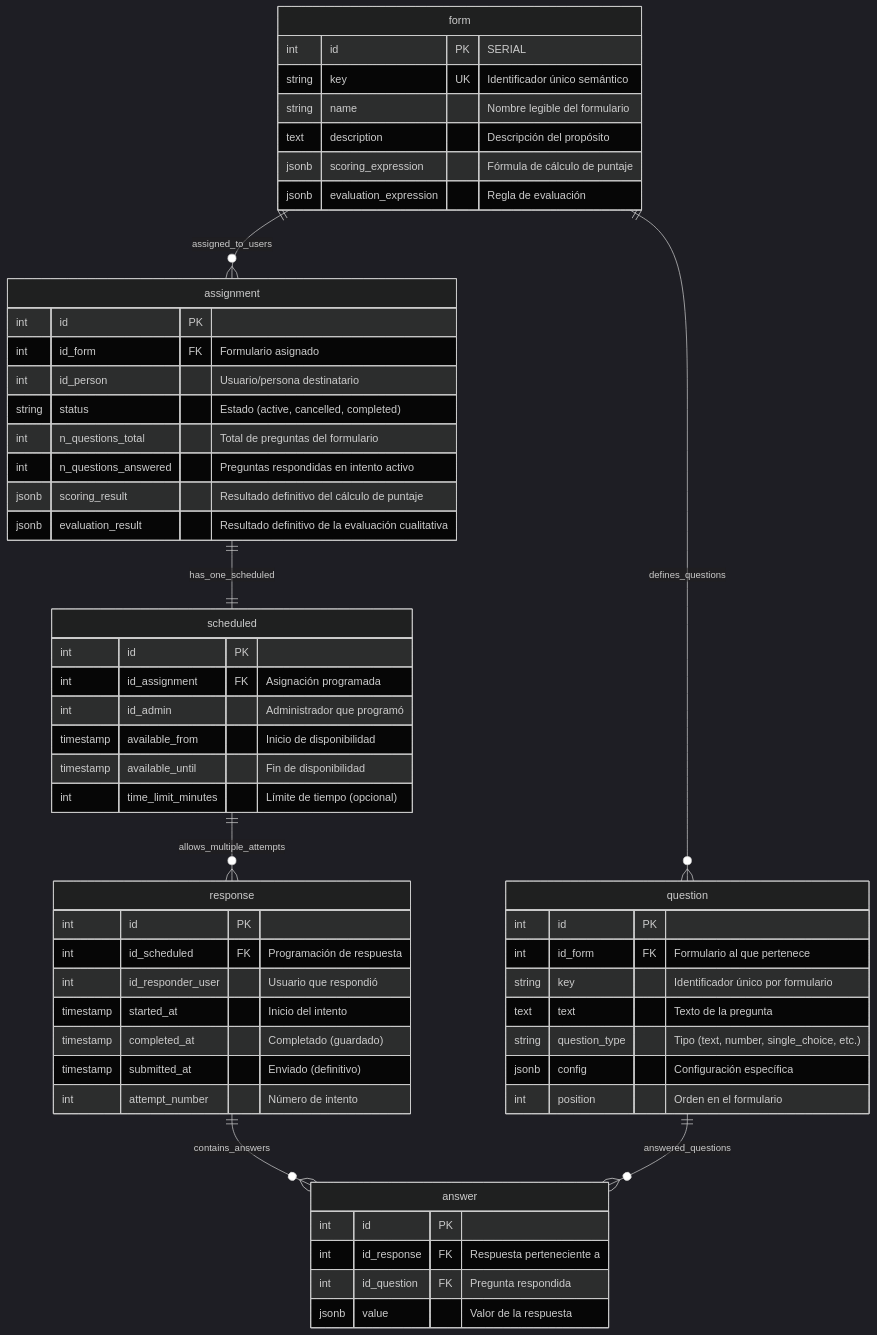
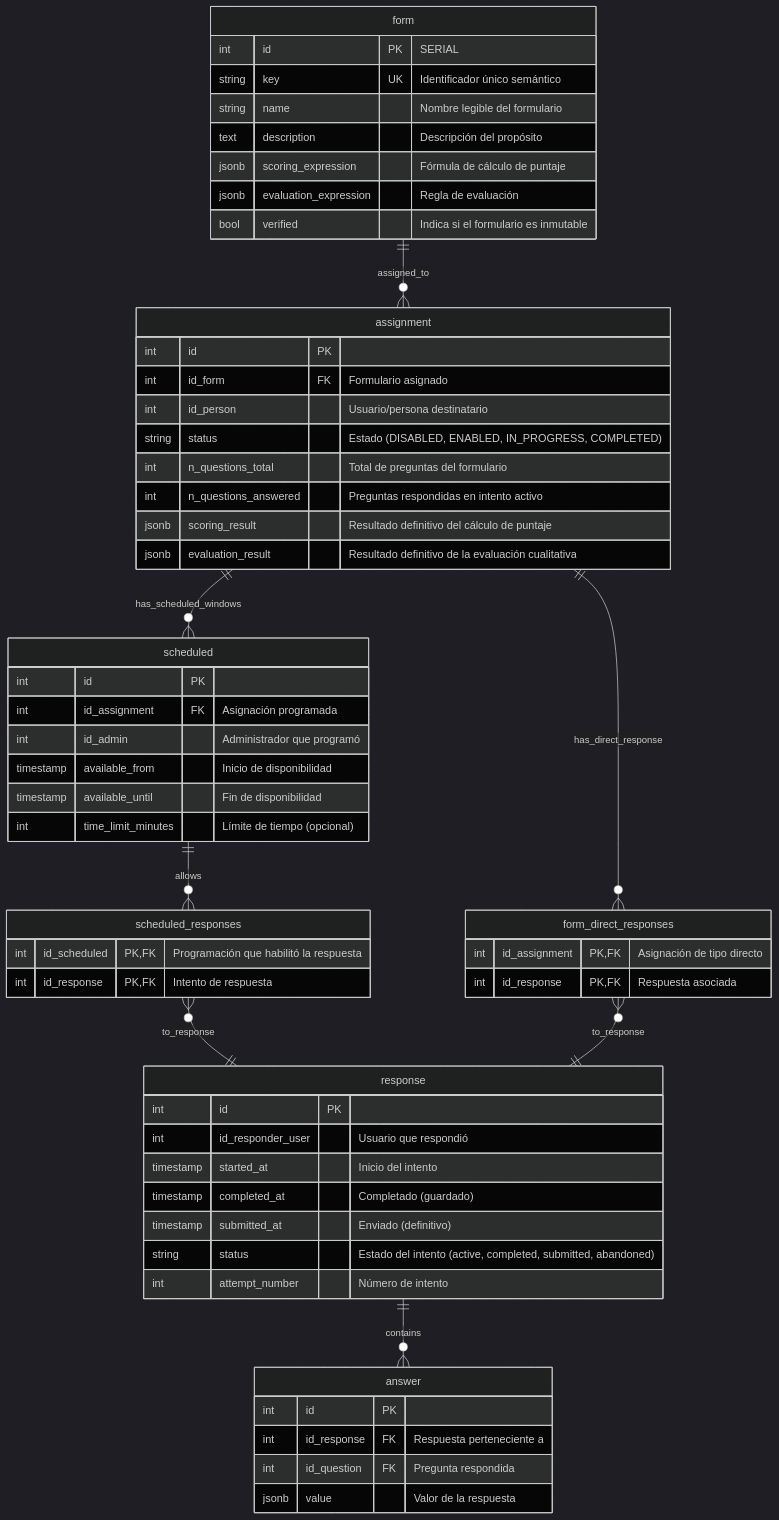
Before and after one commit to m4ck-y/FormFlow: the diagram in backend/docs/bd_mermaid.mmd, drawn with Mermaid (dark theme).

Commit message:
DOCS (BACKEND) - MERMAID

```diff
--- a/backend/docs/bd_mermaid.mmd
+++ b/backend/docs/bd_mermaid.mmd
@@ -1,70 +1,76 @@
 erDiagram
 
-    %% Grupo: Plantilla
-    form ||--o{ question : "defines_questions"
-    form ||--o{ assignment : "assigned_to_users"
-    
-    %% Grupo: Asignación y Programación
-    assignment ||--|| scheduled : "has_one_scheduled"
-    scheduled ||--o{ response : "allows_multiple_attempts"
-    
-    %% Grupo: Respuesta
-    response ||--o{ answer : "contains_answers"
-    question ||--o{ answer : "answered_questions"
+    %% === Plantilla base ===
+    form ||--o{ assignment : "assigned_to"
 
-    %% Entidades detalladas
+    %% === Asignación → programación o enlace directo ===
+    assignment ||--o{ scheduled : "has_scheduled_windows"
+    assignment ||--o{ form_direct_responses : "has_direct_response"
+
+    %% === Programación → respuestas (vía tabla intermedia) ===
+    scheduled ||--o{ scheduled_responses : "allows"
+    scheduled_responses }o--|| response : "to_response"
+
+    %% === Enlace directo → respuestas (vía tabla intermedia) ===
+    form_direct_responses }o--|| response : "to_response"
+
+    %% === Respuestas contienen respuestas individuales (answer) ===
+    response ||--o{ answer : "contains"
+
+    %% === Entidades detalladas ===
     form {
         int id PK "SERIAL"
         string key UK "Identificador único semántico"
         string name "Nombre legible del formulario"
         text description "Descripción del propósito"
         jsonb scoring_expression "Fórmula de cálculo de puntaje"
         jsonb evaluation_expression "Regla de evaluación"
-    }
-    
-    question {
-        int id PK
-        int id_form FK "Formulario al que pertenece"
-        string key "Identificador único por formulario"
-        text text "Texto de la pregunta"
-        string question_type "Tipo (text, number, single_choice, etc.)"
-        jsonb config "Configuración específica"
-        int position "Orden en el formulario"
+        bool verified "Indica si el formulario es inmutable"
     }
     
     assignment {
         int id PK
         int id_form FK "Formulario asignado"
         int id_person "Usuario/persona destinatario"
-        string status "Estado (active, cancelled, completed)"
+        string status "Estado (DISABLED, ENABLED, IN_PROGRESS, COMPLETED)"
         int n_questions_total "Total de preguntas del formulario"
         int n_questions_answered "Preguntas respondidas en intento activo"
         jsonb scoring_result "Resultado definitivo del cálculo de puntaje"
         jsonb evaluation_result "Resultado definitivo de la evaluación cualitativa"
     }
     
     scheduled {
         int id PK
         int id_assignment FK "Asignación programada"
         int id_admin "Administrador que programó"
         timestamp available_from "Inicio de disponibilidad"
         timestamp available_until "Fin de disponibilidad"
         int time_limit_minutes "Límite de tiempo (opcional)"
     }
     
     response {
         int id PK
-        int id_scheduled FK "Programación de respuesta"
         int id_responder_user "Usuario que respondió"
         timestamp started_at "Inicio del intento"
         timestamp completed_at "Completado (guardado)"
         timestamp submitted_at "Enviado (definitivo)"
+        string status "Estado del intento (active, completed, submitted, abandoned)"
         int attempt_number "Número de intento"
     }
     
     answer {
         int id PK
         int id_response FK "Respuesta perteneciente a"
         int id_question FK "Pregunta respondida"
         jsonb value "Valor de la respuesta"
     }
+
+    form_direct_responses {
+        int id_assignment PK,FK "Asignación de tipo directo"
+        int id_response PK,FK "Respuesta asociada"
+    }
+
+    scheduled_responses {
+        int id_scheduled PK,FK "Programación que habilitó la respuesta"
+        int id_response PK,FK "Intento de respuesta"
+    }
```
